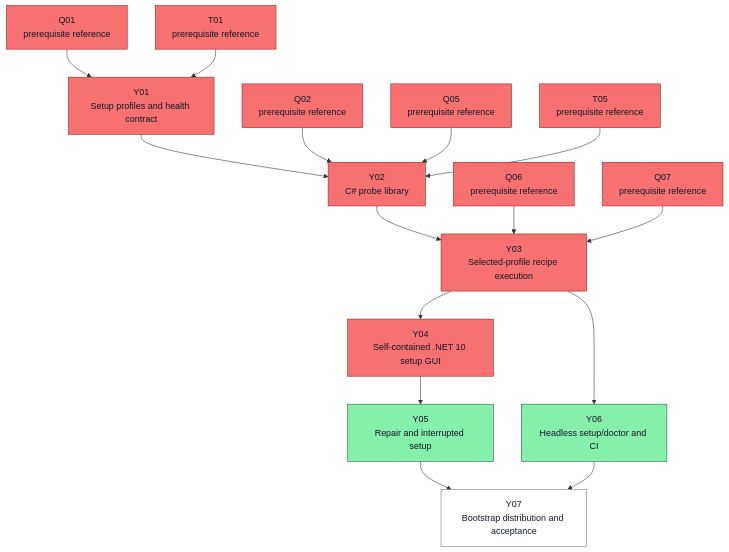
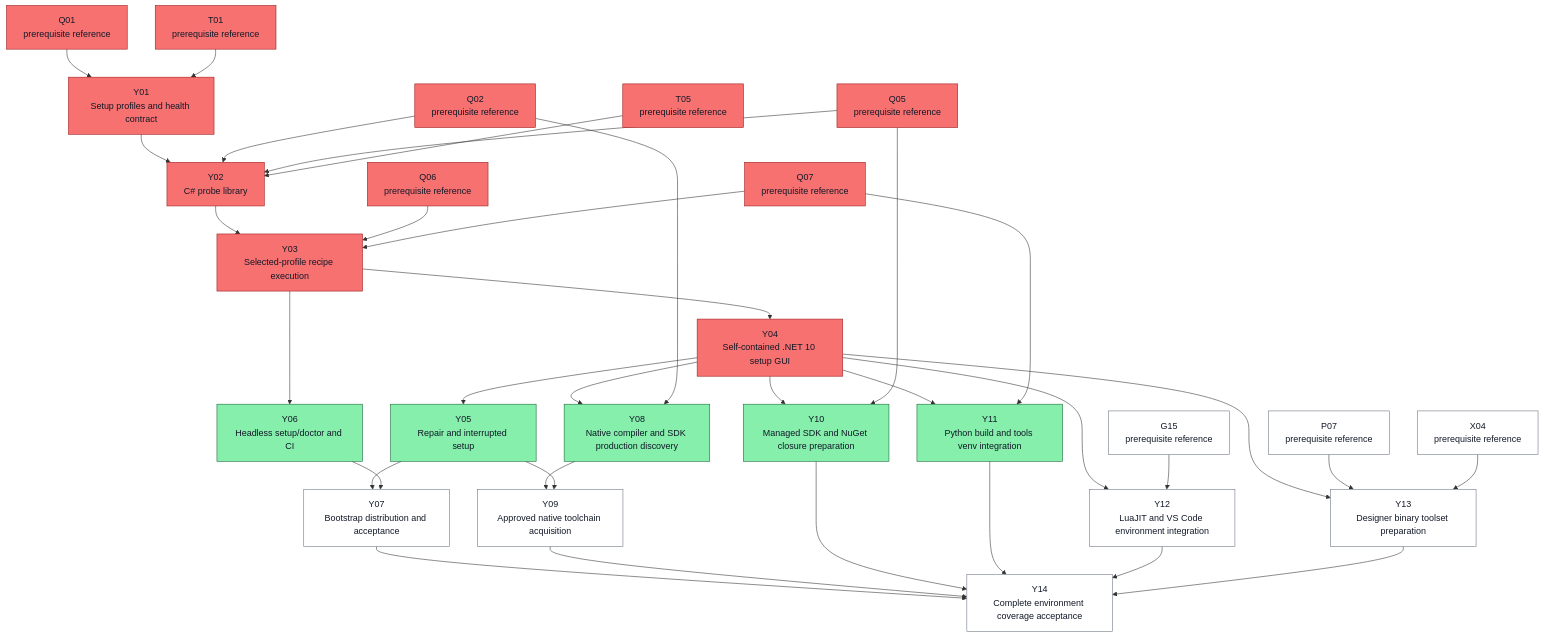
Diagram 26 of 27 in docs/task-dependencies.md (ocarizr/spaceraiders), drawn with Mermaid before and after one commit. The commit also changed other lines of this file and 7 other files, not shown here.

Commit message:
docs: plan addons, launcher, and complete environment setup coverage

````diff
--- a/docs/task-dependencies.md
+++ b/docs/task-dependencies.md
@@ -1303,34 +1402,63 @@
 ```mermaid
 flowchart TD
+    ref_Y_G15["G15<br/>prerequisite reference"]:::pending
+    ref_Y_P07["P07<br/>prerequisite reference"]:::pending
     ref_Y_Q01["Q01<br/>prerequisite reference"]:::done
     ref_Y_Q02["Q02<br/>prerequisite reference"]:::done
     ref_Y_Q05["Q05<br/>prerequisite reference"]:::done
     ref_Y_Q06["Q06<br/>prerequisite reference"]:::done
     ref_Y_Q07["Q07<br/>prerequisite reference"]:::done
     ref_Y_T01["T01<br/>prerequisite reference"]:::done
     ref_Y_T05["T05<br/>prerequisite reference"]:::done
+    ref_Y_X04["X04<br/>prerequisite reference"]:::pending
     Y01["Y01<br/>Setup profiles and health contract"]:::done
     Y02["Y02<br/>C# probe library"]:::done
     Y03["Y03<br/>Selected-profile recipe execution"]:::done
     Y04["Y04<br/>Self-contained .NET 10 setup GUI"]:::done
     Y05["Y05<br/>Repair and interrupted setup"]:::ready
     Y06["Y06<br/>Headless setup/doctor and CI"]:::ready
     Y07["Y07<br/>Bootstrap distribution and acceptance"]:::pending
+    Y08["Y08<br/>Native compiler and SDK production discovery"]:::ready
+    Y09["Y09<br/>Approved native toolchain acquisition"]:::pending
+    Y10["Y10<br/>Managed SDK and NuGet closure preparation"]:::ready
+    Y11["Y11<br/>Python build and tools venv integration"]:::ready
+    Y12["Y12<br/>LuaJIT and VS Code environment integration"]:::pending
+    Y13["Y13<br/>Designer binary toolset preparation"]:::pending
+    Y14["Y14<br/>Complete environment coverage acceptance"]:::pending
     ref_Y_Q01 --> Y01
     ref_Y_T01 --> Y01
     Y01 --> Y02
     ref_Y_Q02 --> Y02
     ref_Y_Q05 --> Y02
     ref_Y_T05 --> Y02
     Y02 --> Y03
     ref_Y_Q06 --> Y03
     ref_Y_Q07 --> Y03
     Y03 --> Y04
     Y04 --> Y05
     Y03 --> Y06
     Y05 --> Y07
     Y06 --> Y07
+    Y04 --> Y08
+    ref_Y_Q02 --> Y08
+    Y08 --> Y09
+    Y05 --> Y09
+    Y04 --> Y10
+    ref_Y_Q05 --> Y10
+    Y04 --> Y11
+    ref_Y_Q07 --> Y11
+    Y04 --> Y12
+    ref_Y_G15 --> Y12
+    Y04 --> Y13
+    ref_Y_P07 --> Y13
+    ref_Y_X04 --> Y13
+    Y07 --> Y14
+    Y09 --> Y14
+    Y10 --> Y14
+    Y11 --> Y14
+    Y12 --> Y14
+    Y13 --> Y14
     classDef pending fill:#ffffff,stroke:#6b7280,color:#111827
     classDef ready fill:#86efac,stroke:#166534,color:#111827
     classDef done fill:#f87171,stroke:#991b1b,color:#111827
 ```
````
